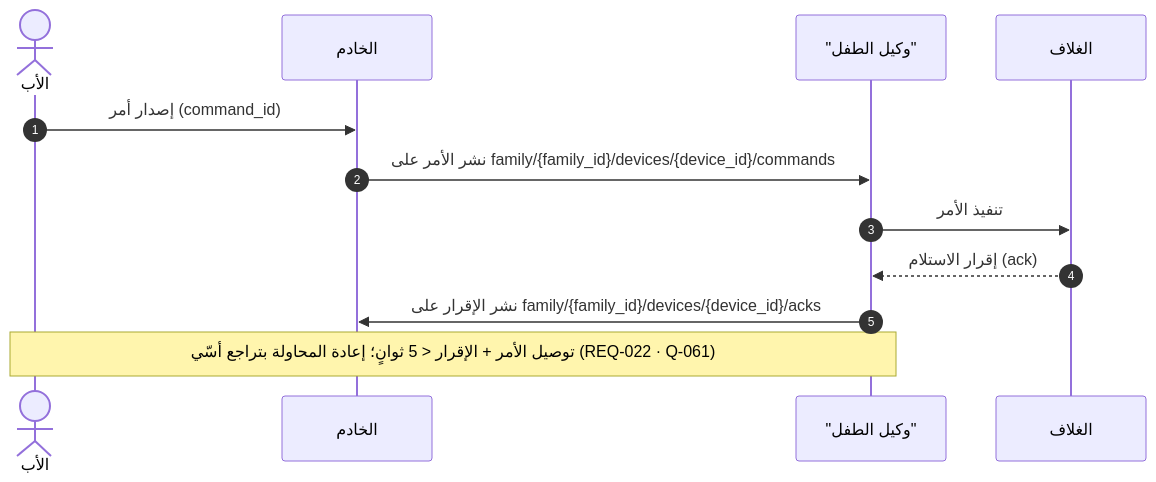
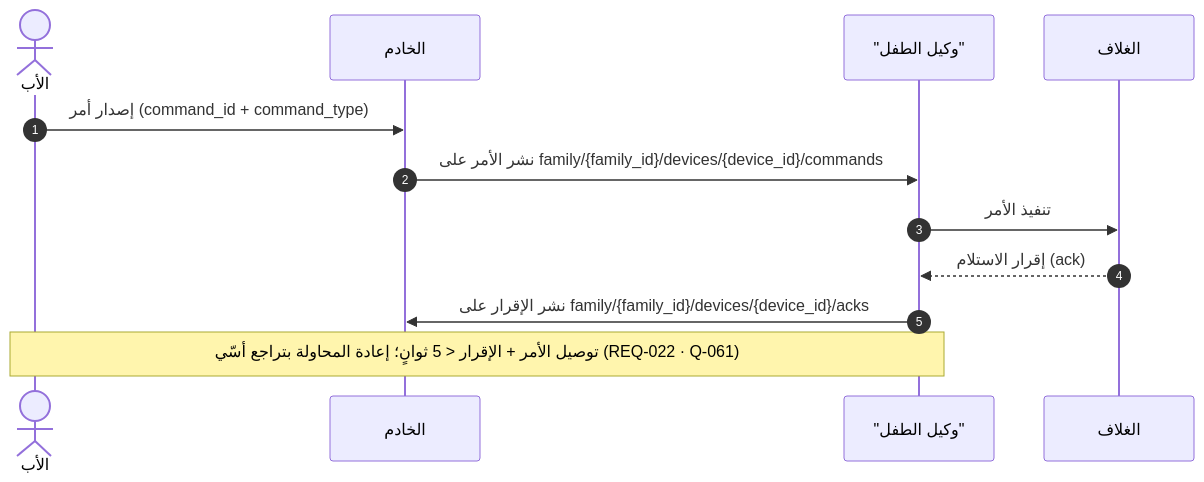
The tenth of 13 diagrams in docs/family-os/governance/phases/phase-1/S1-01-app-shell-and-platform/DIAGRAMS.md (Bassam-mohammed-alqaeadi/family-os-v2), drawn with Mermaid before and after one commit. The commit also changed other lines of this file and 3 other files, not shown here.

````diff
--- a/docs/family-os/governance/phases/phase-1/S1-01-app-shell-and-platform/DIAGRAMS.md
+++ b/docs/family-os/governance/phases/phase-1/S1-01-app-shell-and-platform/DIAGRAMS.md
@@ -301,14 +311,14 @@
 ```mermaid
 sequenceDiagram
     autonumber
     actor Father as الأب
     participant Ktor as الخادم
     participant Agent as "وكيل الطفل"
     participant Shell as الغلاف
-    Father->>Ktor: إصدار أمر (command_id)
+    Father->>Ktor: إصدار أمر (command_id + command_type)
     Ktor->>Agent: نشر الأمر على family/{family_id}/devices/{device_id}/commands
     Agent->>Shell: تنفيذ الأمر
     Shell-->>Agent: إقرار الاستلام (ack)
     Agent->>Ktor: نشر الإقرار على family/{family_id}/devices/{device_id}/acks
     Note over Father,Agent: توصيل الأمر + الإقرار < 5 ثوانٍ؛ إعادة المحاولة بتراجع أسّي (REQ-022 · Q-061)
 ```
````
